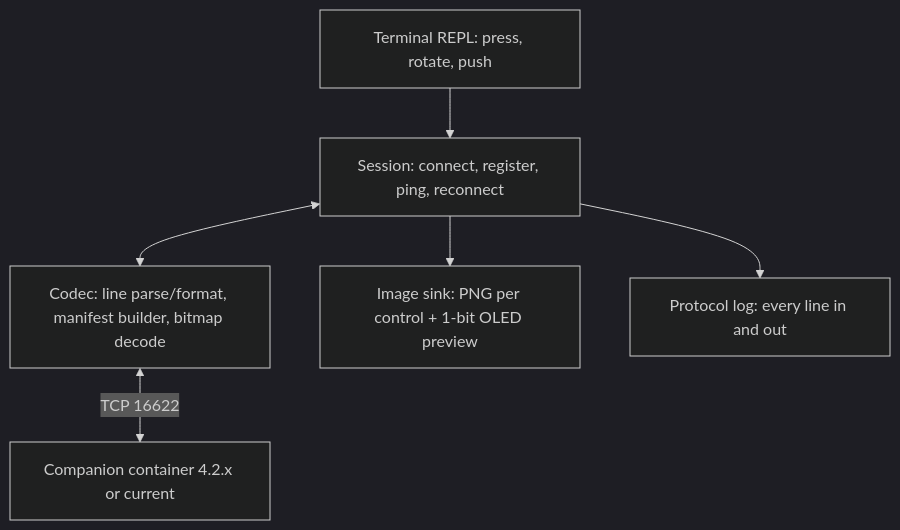
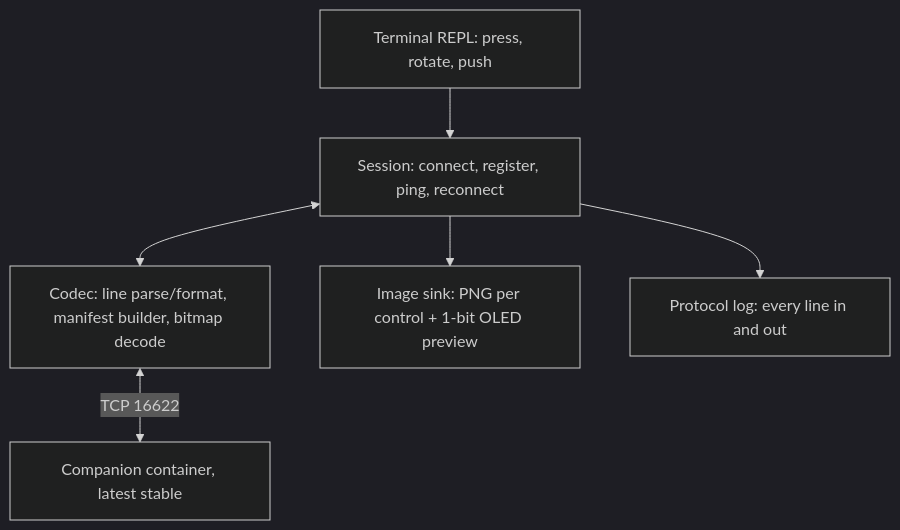
Before and after one commit to thiemok/opendeck-studio: the second of 4 diagrams in docs/plans/2026-11-13-1722-feat-companion-network-deck-poc-plan.md, drawn with Mermaid (dark theme). The commit also changed other lines of this file, not shown here.

First line of the commit message:
docs: switch P0 spike to Node/TS and latest Companion only

````diff
--- a/docs/plans/2026-11-13-1722-feat-companion-network-deck-poc-plan.md
+++ b/docs/plans/2026-11-13-1722-feat-companion-network-deck-poc-plan.md
@@ -207,8 +207,8 @@
 ```mermaid
 flowchart TB
   REPL[Terminal REPL: press, rotate, push] --> S[Session: connect, register, ping, reconnect]
   S <--> C[Codec: line parse/format, manifest builder, bitmap decode]
-  C <-->|TCP 16622| Comp[Companion container 4.2.x or current]
+  C <-->|TCP 16622| Comp[Companion container, latest stable]
   S --> Sink[Image sink: PNG per control + 1-bit OLED preview]
   S --> Log[Protocol log: every line in and out]
 ```
````
